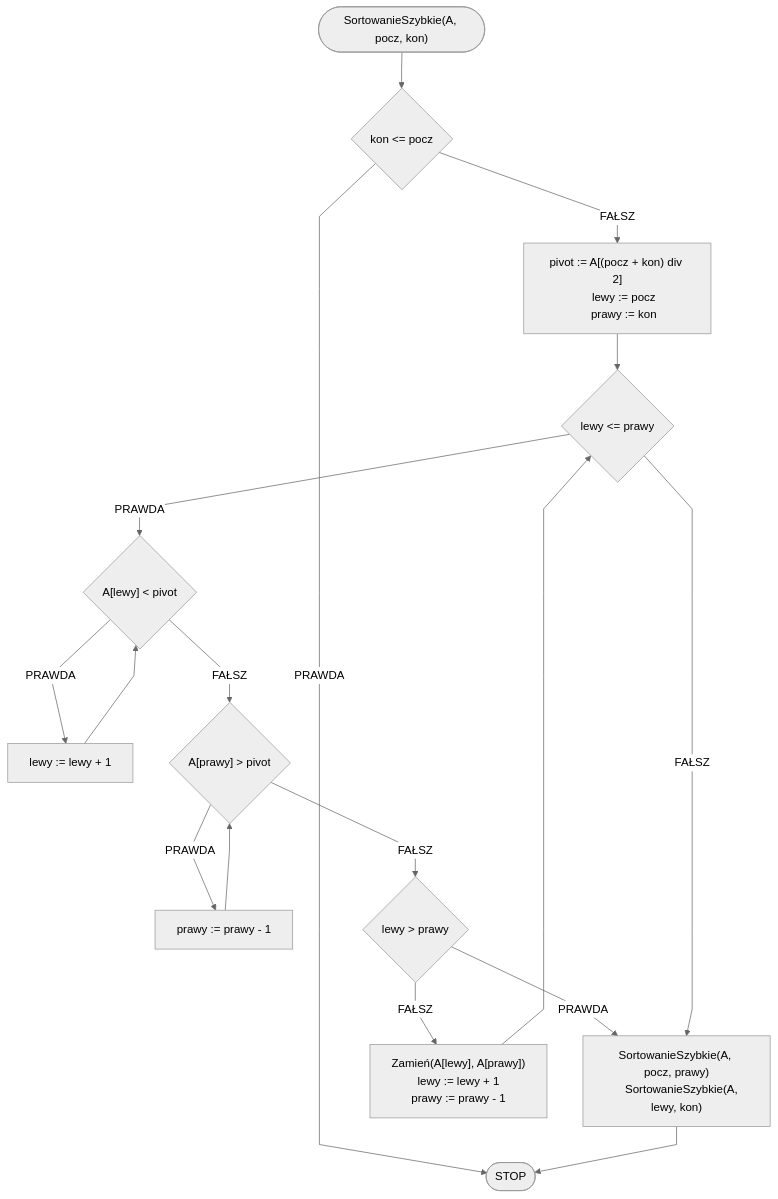
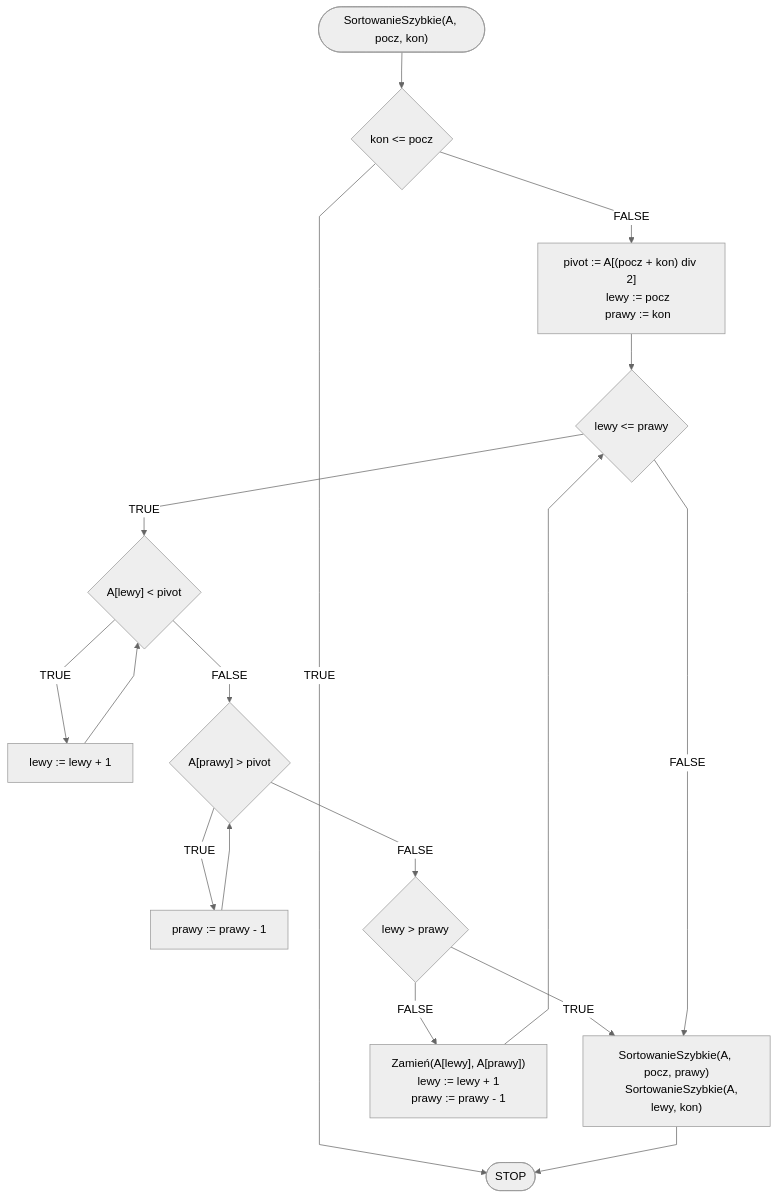
The diagram in docs/algorithms/sorting/quick-sort.md (blackbat13/edu-cs-htiew-en), drawn with Mermaid before and after one commit. The commit also changed other lines of this file and 682 other files, not shown here.

````diff
--- a/docs/algorithms/sorting/quick-sort.md
+++ b/docs/algorithms/sorting/quick-sort.md
@@ -59,25 +59,25 @@
 ```mermaid
 %%{init: {"flowchart": {"curve": "linear"}, "theme": "neutral"} }%%
 flowchart TD
     START(["SortowanieSzybkie(A, pocz, kon)"]) --> K1{kon <= pocz}
-    K1 -- PRAWDA --> STOP([STOP])
-    K1 -- FAŁSZ --> K3["pivot := A[(pocz + kon) div 2]
+    K1 -- TRUE --> STOP([STOP])
+    K1 -- FALSE --> K3["pivot := A[(pocz + kon) div 2]
     lewy := pocz
     prawy := kon"]
     K3 --> K6{lewy <= prawy}
-    K6 -- PRAWDA --> K7{"A[lewy] < pivot"}
-    K7 -- PRAWDA --> K8[lewy := lewy + 1]
+    K6 -- TRUE --> K7{"A[lewy] < pivot"}
+    K7 -- TRUE --> K8[lewy := lewy + 1]
     K8 --> K7
-    K7 -- FAŁSZ --> K9{"A[prawy] > pivot"}
-    K9 -- PRAWDA --> K10[prawy := prawy - 1]
+    K7 -- FALSE --> K9{"A[prawy] > pivot"}
+    K9 -- TRUE --> K10[prawy := prawy - 1]
     K10 --> K9
-    K9 -- FAŁSZ --> K11{lewy > prawy}
-    K11 -- PRAWDA --> K16["SortowanieSzybkie(A, pocz, prawy)
+    K9 -- FALSE --> K11{lewy > prawy}
+    K11 -- TRUE --> K16["SortowanieSzybkie(A, pocz, prawy)
     SortowanieSzybkie(A, lewy, kon)"]
-    K11 -- FAŁSZ --> K13["Zamień(A[lewy], A[prawy])
+    K11 -- FALSE --> K13["Zamień(A[lewy], A[prawy])
     lewy := lewy + 1
     prawy := prawy - 1"]
     K13 --> K6
-    K6 -- FAŁSZ --> K16
+    K6 -- FALSE --> K16
     K16 --> STOP([STOP])
 ```
````
